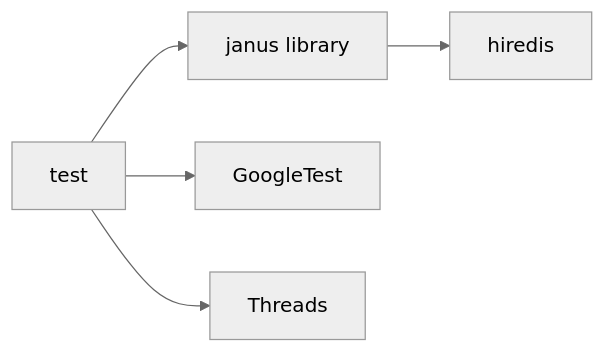
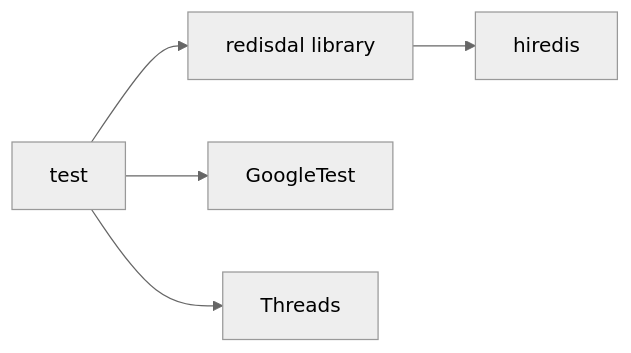
The third of 3 diagrams in docs/DESIGN.md (lwhttpdorg/redisdal), drawn with Mermaid (neutral theme) before and after one commit. The commit also changed other lines of this file and 28 other files, not shown here.

Commit message:
rename: janus -> redisdal

````diff
--- a/docs/DESIGN.md
+++ b/docs/DESIGN.md
@@ -366,7 +366,7 @@
 ```mermaid
 graph LR
-    Janus[janus library] --> Hiredis[hiredis]
-    Test[test] --> Janus
+    RedisDAL[redisdal library] --> Hiredis[hiredis]
+    Test[test] --> RedisDAL
     Test --> GTest[GoogleTest]
     Test --> Threads[Threads]
 ```
````
